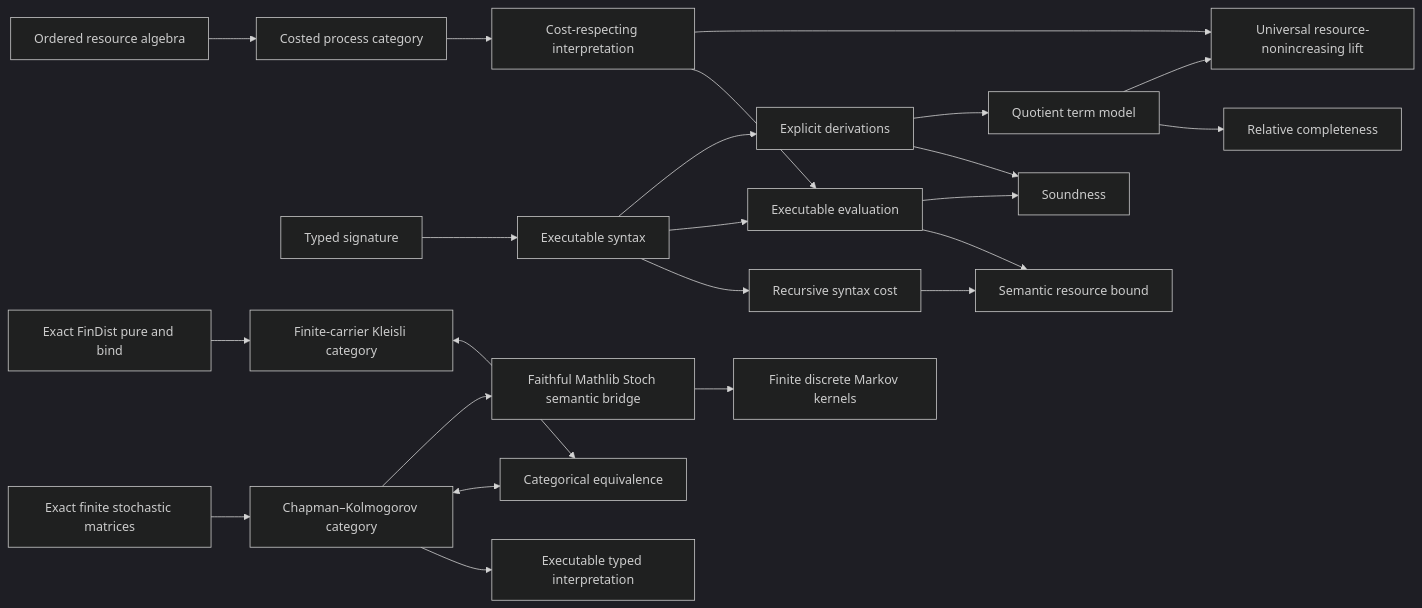
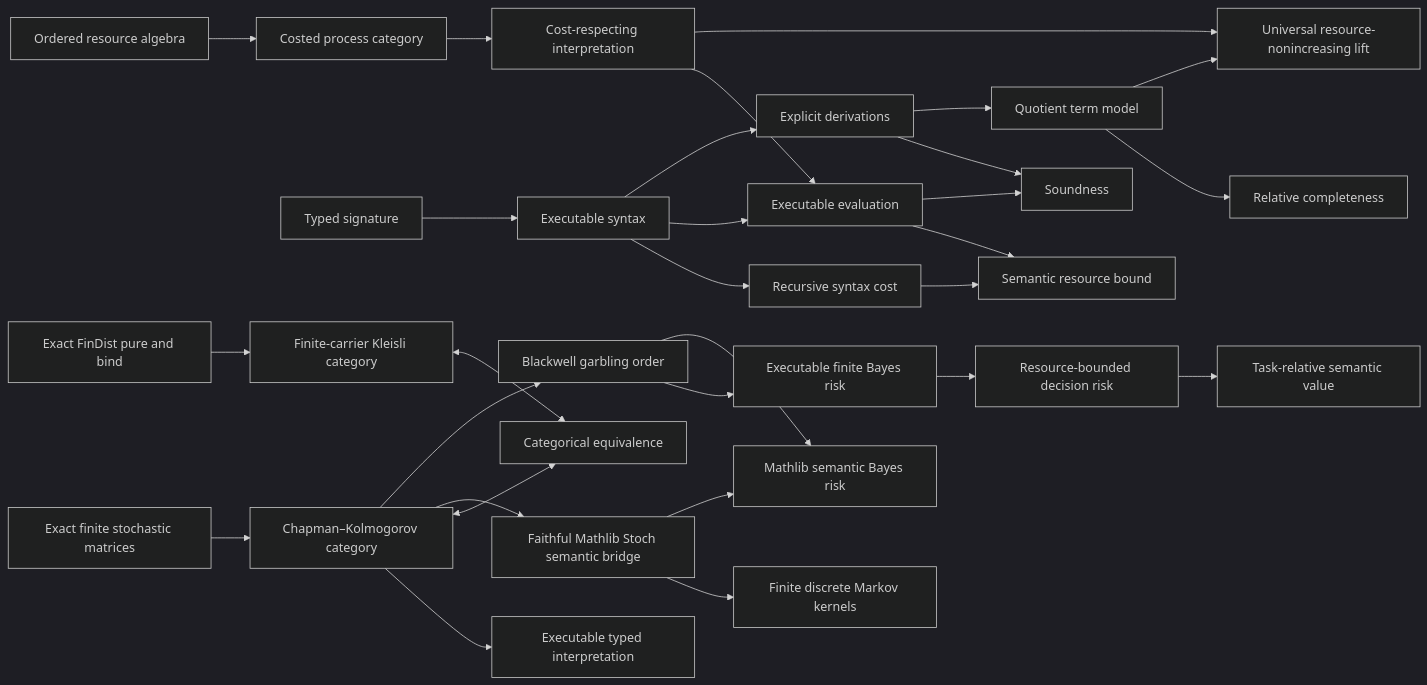
The diagram in README.md (miuchan/ript), drawn with Mermaid (dark theme) before and after one commit. The commit also changed other lines of this file and 15 other files, not shown here.

Commit message:
Formalize finite decision information

````diff
--- a/README.md
+++ b/README.md
@@ -294,25 +359,31 @@
 ```mermaid
 flowchart LR
   R["Ordered resource algebra"] --> C["Costed process category"]
   S["Typed signature"] --> X["Executable syntax"]
   X --> K["Recursive syntax cost"]
   C --> I["Cost-respecting interpretation"]
   X --> E["Executable evaluation"]
   I --> E
   K --> B["Semantic resource bound"]
   E --> B
   X --> D["Explicit derivations"]
   D --> SO["Soundness"]
   E --> SO
   D --> T["Quotient term model"]
   T --> CO["Relative completeness"]
   I --> U["Universal resource-nonincreasing lift"]
   T --> U
   F["Exact finite stochastic matrices"] --> CK["Chapman–Kolmogorov category"]
   CK --> EX["Executable typed interpretation"]
   FD["Exact FinDist pure and bind"] --> KL["Finite-carrier Kleisli category"]
   CK <--> EQ["Categorical equivalence"]
   KL <--> EQ
   CK --> ST["Faithful Mathlib Stoch semantic bridge"]
   ST --> MT["Finite discrete Markov kernels"]
+  CK --> BW["Blackwell garbling order"]
+  ST --> SB["Mathlib semantic Bayes risk"]
+  BW --> FR["Executable finite Bayes risk"]
+  FR --> RR["Resource-bounded decision risk"]
+  RR --> SV["Task-relative semantic value"]
+  BW --> SB
 ```
````
